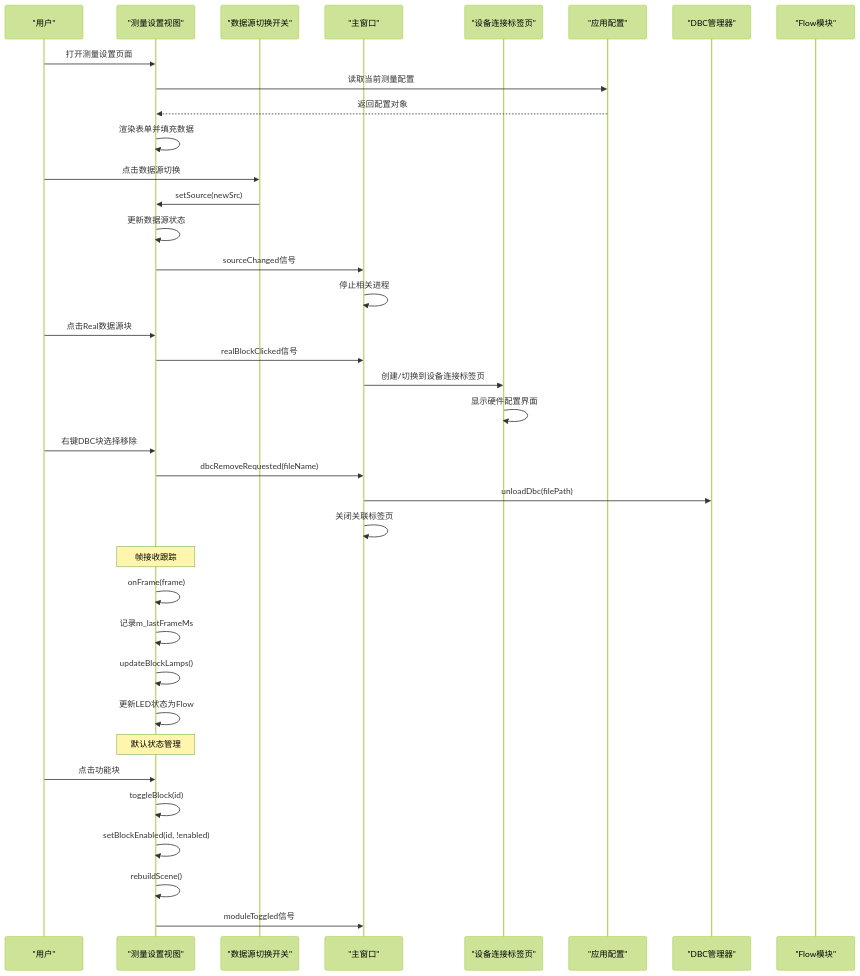
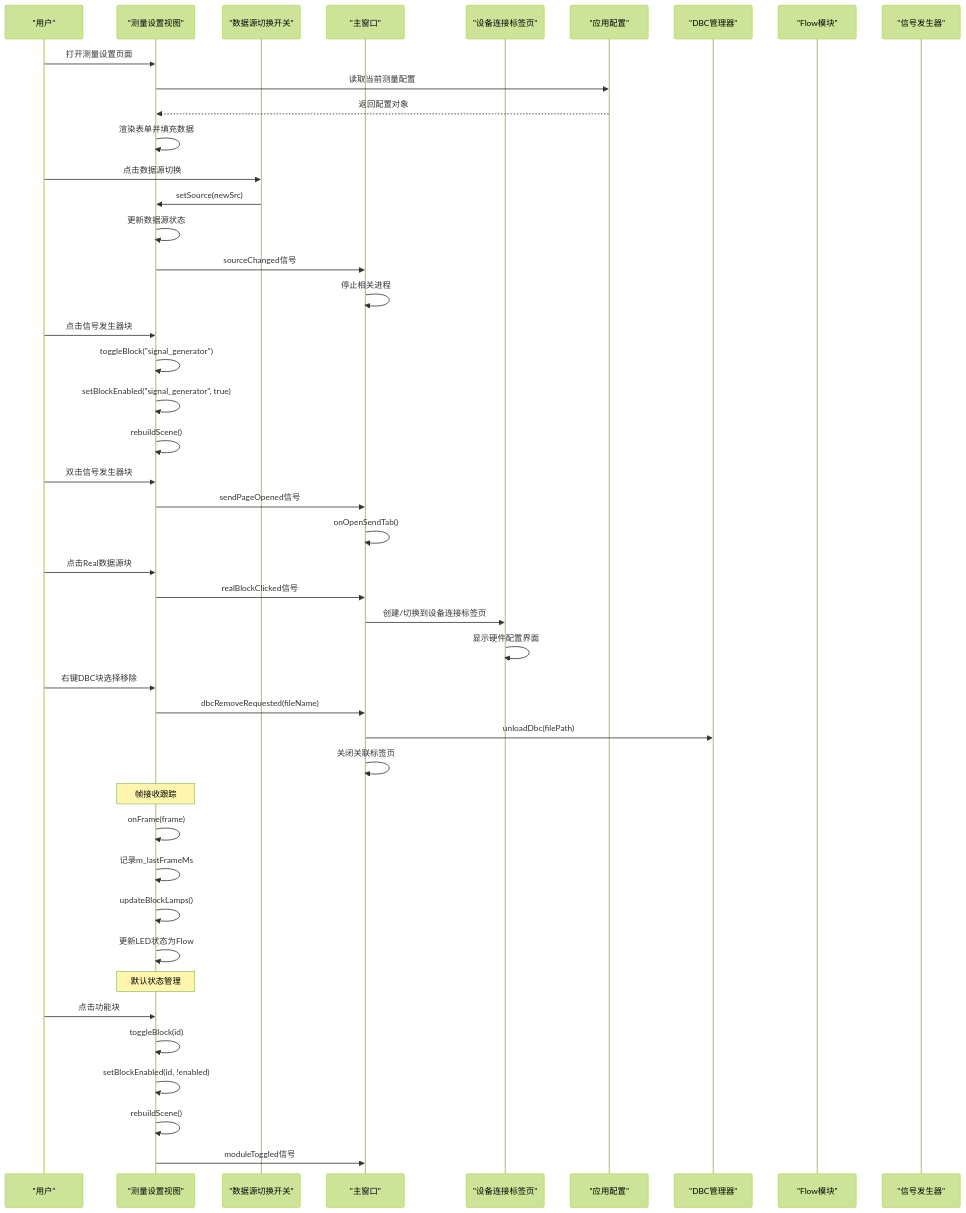
Before and after one commit to jakecai1225-design/OpenBus: the third of 10 diagrams in .qoder/repowiki/zh/content/架构设计/UI系统设计/测量设置视图组件.md, drawn with Mermaid (forest theme). The commit also changed other lines of this file and 14 other files, not shown here.

````diff
--- a/.qoder/repowiki/zh/content/架构设计/UI系统设计/测量设置视图组件.md
+++ b/.qoder/repowiki/zh/content/架构设计/UI系统设计/测量设置视图组件.md
@@ -280,39 +296,47 @@
 ```mermaid
 sequenceDiagram
 participant User as "用户"
 participant View as "测量设置视图"
 participant Switch as "数据源切换开关"
 participant MainWin as "主窗口"
 participant DevTab as "设备连接标签页"
 participant Config as "应用配置"
 participant DBCMgr as "DBC管理器"
 participant FlowMod as "Flow模块"
+participant SignalGen as "信号发生器"
 User->>View : 打开测量设置页面
 View->>Config : 读取当前测量配置
 Config-->>View : 返回配置对象
 View->>View : 渲染表单并填充数据
 User->>Switch : 点击数据源切换
 Switch->>View : setSource(newSrc)
 View->>View : 更新数据源状态
 View->>MainWin : sourceChanged信号
 MainWin->>MainWin : 停止相关进程
+User->>View : 点击信号发生器块
+View->>View : toggleBlock("signal_generator")
+View->>View : setBlockEnabled("signal_generator", true)
+View->>View : rebuildScene()
+User->>View : 双击信号发生器块
+View->>MainWin : sendPageOpened信号
+MainWin->>MainWin : onOpenSendTab()
 User->>View : 点击Real数据源块
 View->>MainWin : realBlockClicked信号
 MainWin->>DevTab : 创建/切换到设备连接标签页
 DevTab->>DevTab : 显示硬件配置界面
 User->>View : 右键DBC块选择移除
 View->>MainWin : dbcRemoveRequested(fileName)
 MainWin->>DBCMgr : unloadDbc(filePath)
 MainWin->>MainWin : 关闭关联标签页
 Note over View : 帧接收跟踪
 View->>View : onFrame(frame)
 View->>View : 记录m_lastFrameMs
 View->>View : updateBlockLamps()
 View->>View : 更新LED状态为Flow
 Note over View : 默认状态管理
 User->>View : 点击功能块
 View->>View : toggleBlock(id)
 View->>View : setBlockEnabled(id, !enabled)
 View->>View : rebuildScene()
 View->>MainWin : moduleToggled信号
 ```
````
